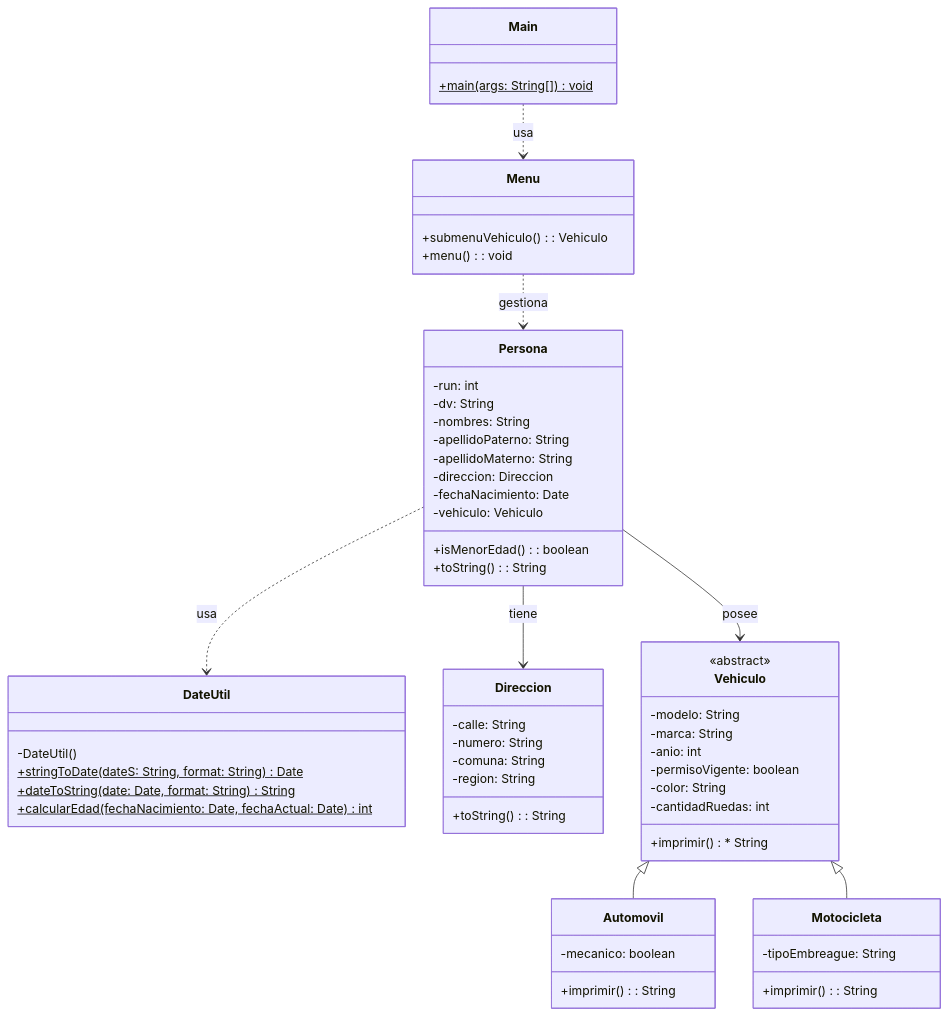
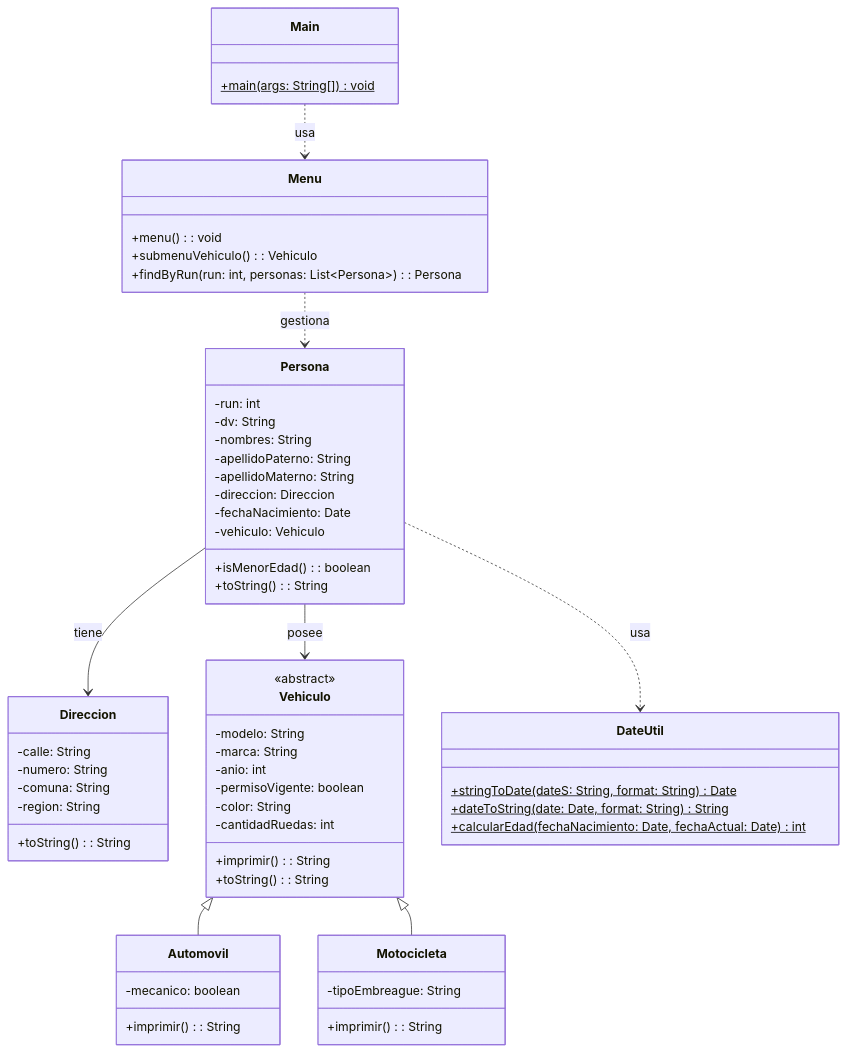
One commit to elprofecarreno/poo-fundaments changed the diagram in 13/README.md. Above: the diagram before and after it, drawn with Mermaid. The commit also changed other lines of this file and 8 other files, not shown here.

````diff
--- a/13/README.md
+++ b/13/README.md
@@ -11,68 +11,69 @@
 ```mermaid
 classDiagram
-    class DateUtil {
-        -DateUtil()
-        +stringToDate(dateS: String, format: String)$ Date
-        +dateToString(date: Date, format: String)$ String
-        +calcularEdad(fechaNacimiento: Date, fechaActual: Date)$ int
+    class Main {
+        +main(args: String[])$ void
+    }
+
+    class Menu {
+        +menu(): void
+        +submenuVehiculo(): Vehiculo
+        +findByRun(run: int, personas: List~Persona~): Persona
+    }
+
+    class Persona {
+        -run: int
+        -dv: String
+        -nombres: String
+        -apellidoPaterno: String
+        -apellidoMaterno: String
+        -direccion: Direccion
+        -fechaNacimiento: Date
+        -vehiculo: Vehiculo
+        +isMenorEdad(): boolean
+        +toString(): String
     }
 
     class Direccion {
         -calle: String
         -numero: String
         -comuna: String
         -region: String
         +toString(): String
     }
 
     class Vehiculo {
         <<abstract>>
         -modelo: String
         -marca: String
         -anio: int
         -permisoVigente: boolean
         -color: String
         -cantidadRuedas: int
-        +imprimir() * String
+        +imprimir(): String
+        +toString(): String
     }
 
     class Automovil {
         -mecanico: boolean
         +imprimir(): String
     }
 
     class Motocicleta {
         -tipoEmbreague: String
         +imprimir(): String
     }
 
-    class Persona {
-        -run: int
-        -dv: String
-        -nombres: String
-        -apellidoPaterno: String
-        -apellidoMaterno: String
-        -direccion: Direccion
-        -fechaNacimiento: Date
-        -vehiculo: Vehiculo
-        +isMenorEdad(): boolean
-        +toString(): String
-    }
-
-    class Menu {
-        +submenuVehiculo(): Vehiculo
-        +menu(): void
-    }
-
-    class Main {
-        +main(args: String[])$ void
+    class DateUtil {
+        +stringToDate(dateS: String, format: String)$ Date
+        +dateToString(date: Date, format: String)$ String
+        +calcularEdad(fechaNacimiento: Date, fechaActual: Date)$ int
     }
 
     Vehiculo <|-- Automovil
     Vehiculo <|-- Motocicleta
     Persona --> Direccion : tiene
     Persona --> Vehiculo : posee
     Main ..> Menu : usa
     Menu ..> Persona : gestiona
     Persona ..> DateUtil : usa
 ```
````
